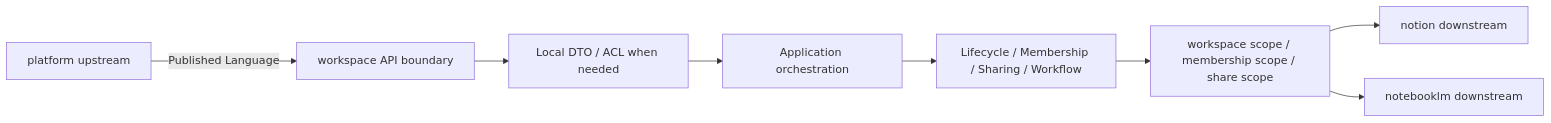
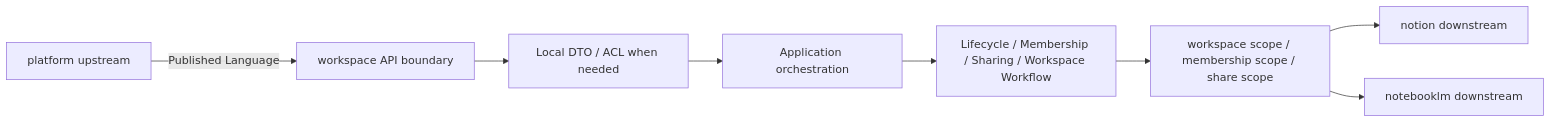
One commit to 122sp7/xuanwu-app changed the second of 2 diagrams in docs/contexts/workspace/AGENT.md. Above: the diagram before and after it, drawn with Mermaid. The commit also changed other lines of this file and 12 other files, not shown here.

Commit message:
refactor: update platform and workspace documentation to clarify AI capabilities and workflow definitions

````diff
--- a/docs/contexts/workspace/AGENT.md
+++ b/docs/contexts/workspace/AGENT.md
@@ -72,10 +72,10 @@
 ```mermaid
 flowchart LR
 	Platform["platform upstream"] -->|Published Language| Boundary["workspace API boundary"]
 	Boundary --> Translation["Local DTO / ACL when needed"]
 	Translation --> App["Application orchestration"]
-	App --> Domain["Lifecycle / Membership / Sharing / Workflow"]
+	App --> Domain["Lifecycle / Membership / Sharing / Workspace Workflow"]
 	Domain --> Scope["workspace scope / membership scope / share scope"]
 	Scope --> Notion["notion downstream"]
 	Scope --> NotebookLM["notebooklm downstream"]
 ```
````
